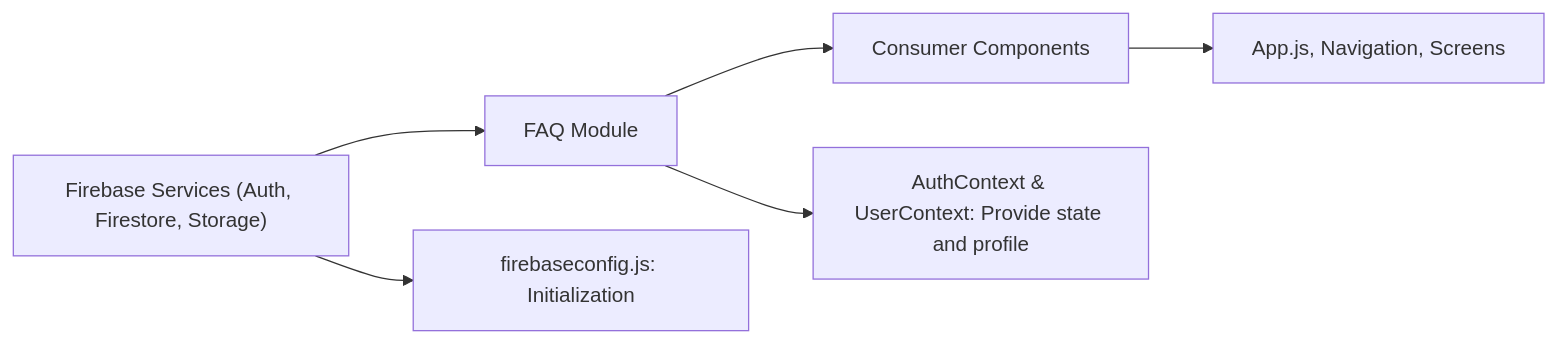
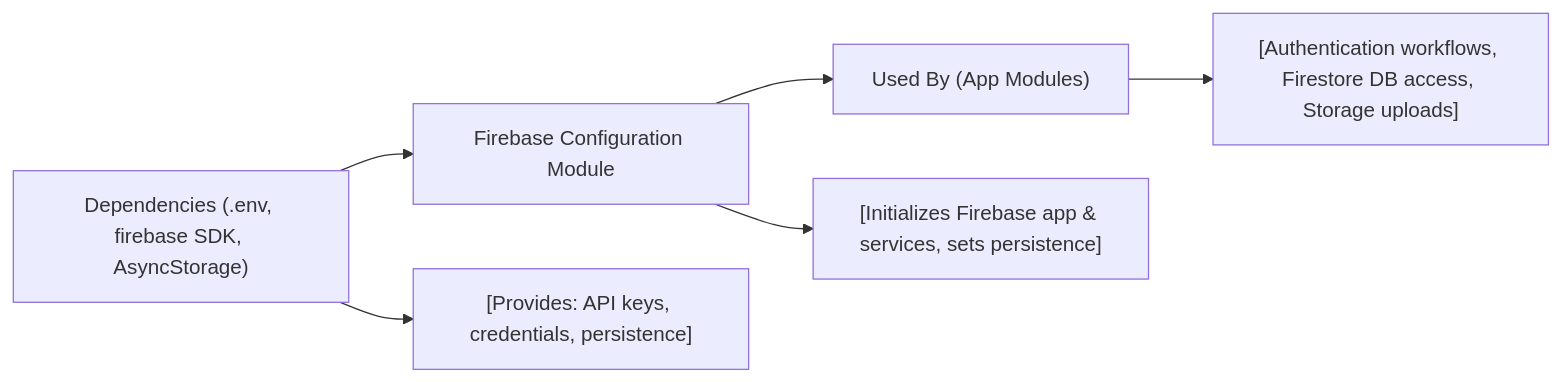
Before and after one commit to lucasboucher/Expo-Firebase-Boiler-Plate-2: the diagram in .shelfya/starter/faq.md, drawn with Mermaid. The commit also changed other lines of this file and 7 other files, not shown here.

````diff
--- a/.shelfya/starter/faq.md
+++ b/.shelfya/starter/faq.md
@@ -51,7 +65,8 @@
 ```mermaid
 flowchart LR
-  dependencies["Firebase Services (Auth, Firestore, Storage)"] --> thisModule["FAQ Module"] --> usedBy["Consumer Components"]
-  dependencies --> details["firebaseconfig.js: Initialization"]
-  thisModule --> process["AuthContext & UserContext: Provide state and profile"]
-  usedBy --> consumers["App.js, Navigation, Screens"]
+  dependencies["Dependencies (.env, firebase SDK, AsyncStorage)"] --> thisModule["Firebase Configuration Module"]
+  thisModule --> usedBy["Used By (App Modules)"]
+  dependencies --> details["[Provides: API keys, credentials, persistence]"]
+  thisModule --> process["[Initializes Firebase app & services, sets persistence]"] 
+  usedBy --> consumers["[Authentication workflows, Firestore DB access, Storage uploads]"]
 ```
````
